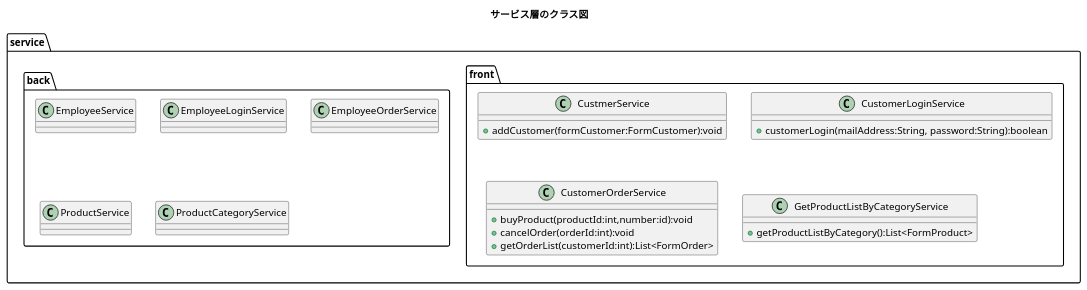
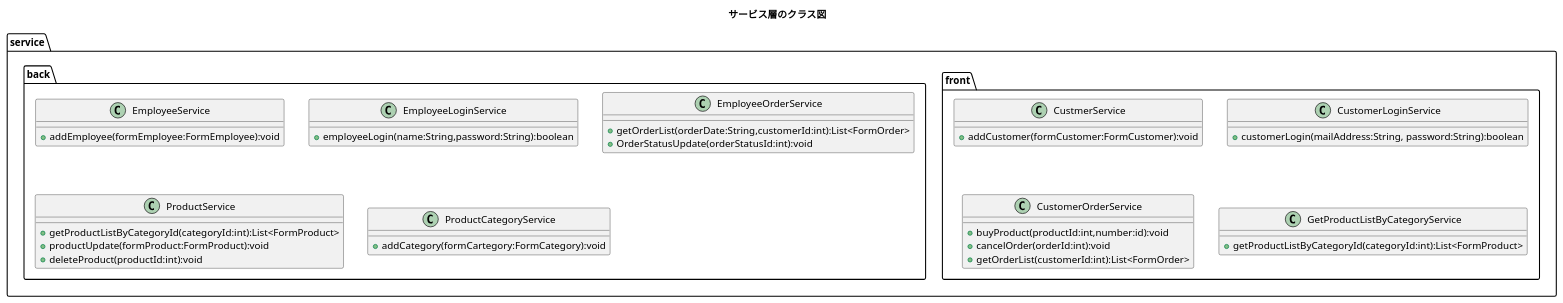
The diagram in plan/uml/class/service.plantuml (kanavii3333/ec-b), drawn with PlantUML before and after one commit.

Commit message:
service.plantumlの更新

```diff
--- a/plan/uml/class/service.plantuml
+++ b/plan/uml/class/service.plantuml
@@ -1,47 +1,51 @@
 @startuml
 title サービス層のクラス図
 package service{
 	package front{
 		class CustmerService{
 			+ addCustomer(formCustomer:FormCustomer):void
 		}
 		
 		class CustomerLoginService{
 			+ customerLogin(mailAddress:String, password:String):boolean
 		}
 		
 		class CustomerOrderService{
 			+ buyProduct(productId:int,number:id):void
 			+ cancelOrder(orderId:int):void
 			+ getOrderList(customerId:int):List<FormOrder>
 		}
 		
 		class GetProductListByCategoryService{
-			+ getProductListByCategory():List<FormProduct>
+			+ getProductListByCategoryId(categoryId:int):List<FormProduct>
 		}
 	}
+	
 	package back{
 		class EmployeeService{
-
+			+ addEmployee(formEmployee:FormEmployee):void
 		}
 		
 		class EmployeeLoginService{
-	
+			+ employeeLogin(name:String,password:String):boolean
 		}
 		
 		class EmployeeOrderService{
-	
+			+ getOrderList(orderDate:String,customerId:int):List<FormOrder>
+			+ OrderStatusUpdate(orderStatusId:int):void
 		}
 		
 		class ProductService{
-	
+			+ getProductListByCategoryId(categoryId:int):List<FormProduct>
+			+ productUpdate(formProduct:FormProduct):void
+			+ deleteProduct(productId:int):void
 		}
 		
 		class ProductCategoryService{
-	
+			+ addCategory(formCartegory:FormCategory):void
 		}
 	}
 	
 	
 }
 @enduml
```
